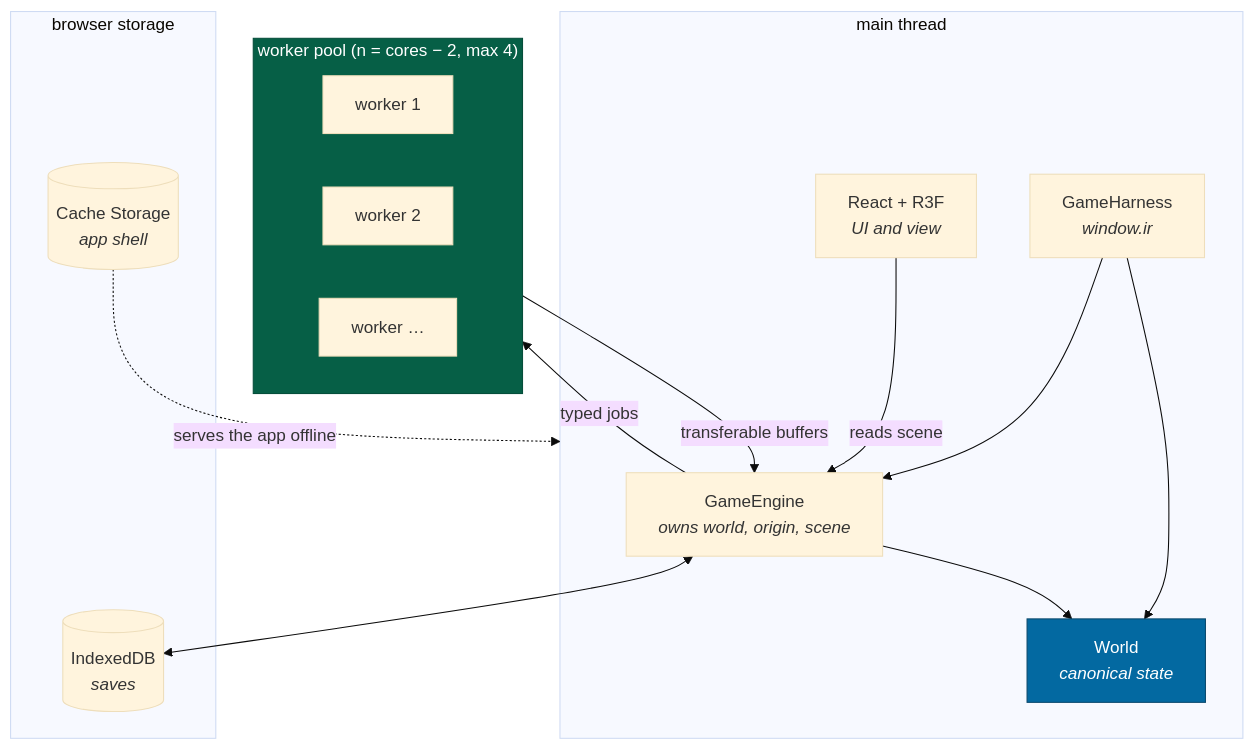
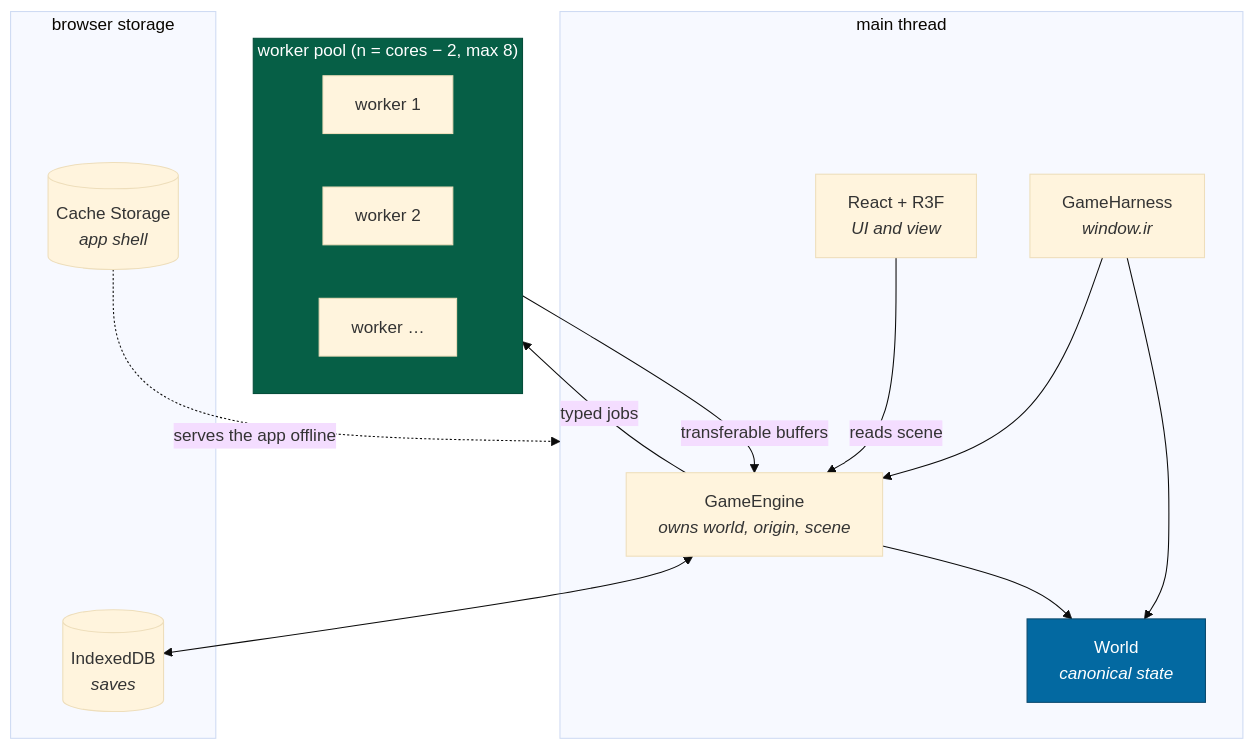
The sixth of 6 diagrams in docs/architecture.md (jonjaques/inertialref), drawn with Mermaid (base theme) before and after one commit. The commit also changed 60 other files, not shown here.

````diff
--- a/docs/architecture.md
+++ b/docs/architecture.md
@@ -258,32 +258,32 @@
 ```mermaid
 flowchart TB
     subgraph MAIN["main thread"]
         ENGINE["GameEngine<br/><i>owns world, origin, scene</i>"]
         WORLD["World<br/><i>canonical state</i>"]
         REACT["React + R3F<br/><i>UI and view</i>"]
         HARNESS["GameHarness<br/><i>window.ir</i>"]
     end
 
-    subgraph POOL["worker pool (n = cores − 2, max 4)"]
+    subgraph POOL["worker pool (n = cores − 2, max 8)"]
         W1["worker 1"]
         W2["worker 2"]
         W3["worker …"]
     end
 
     subgraph STORE["browser storage"]
         IDB[("IndexedDB<br/><i>saves</i>")]
         SW[("Cache Storage<br/><i>app shell</i>")]
     end
 
     ENGINE --> WORLD
     ENGINE -->|"typed jobs"| POOL
     POOL -->|"transferable buffers"| ENGINE
     REACT -->|"reads scene"| ENGINE
     HARNESS --> WORLD
     HARNESS --> ENGINE
     ENGINE <--> IDB
     SW -.->|"serves the app offline"| MAIN
 
     style WORLD fill:#0369a1,stroke:#0c4a6e,color:#fff
     style POOL fill:#065f46,stroke:#064e3b,color:#fff
 ```
````
